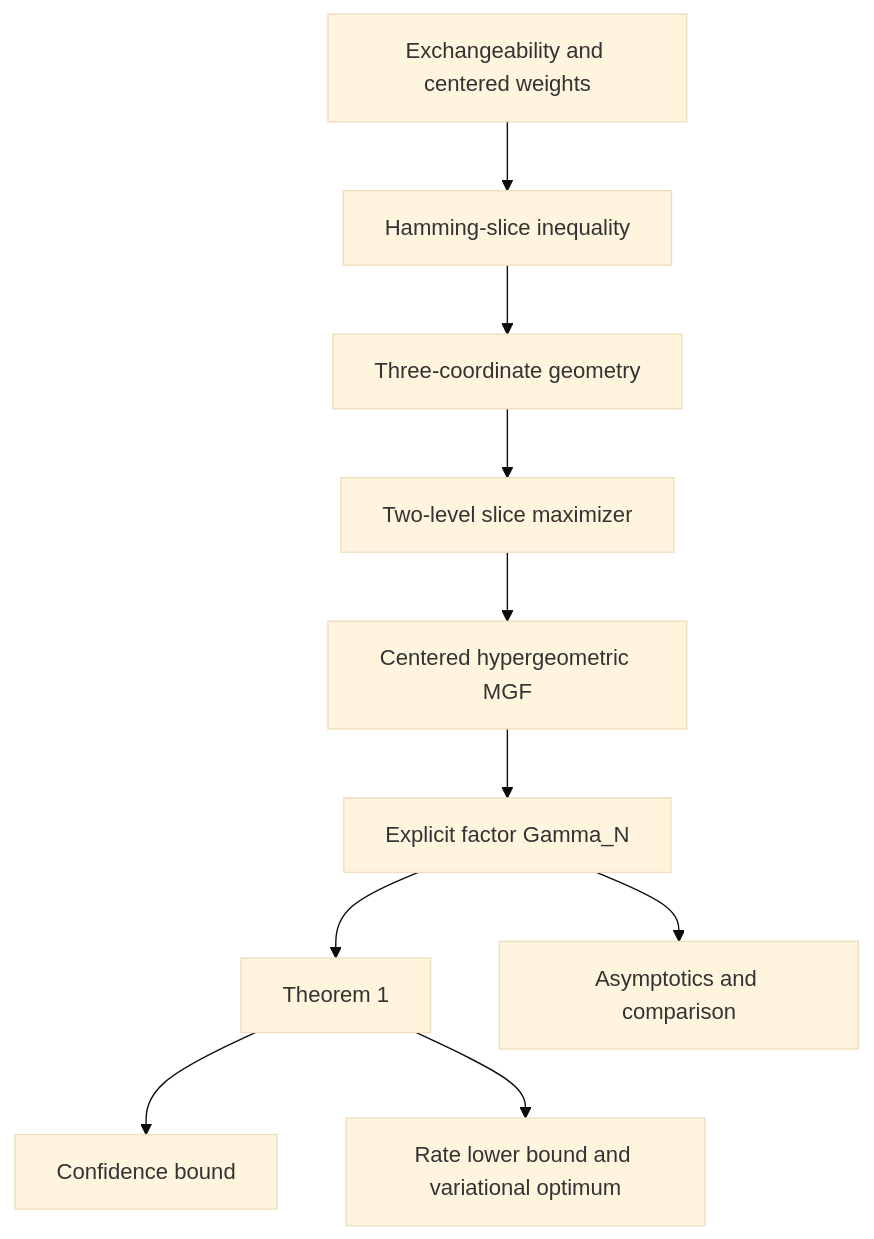
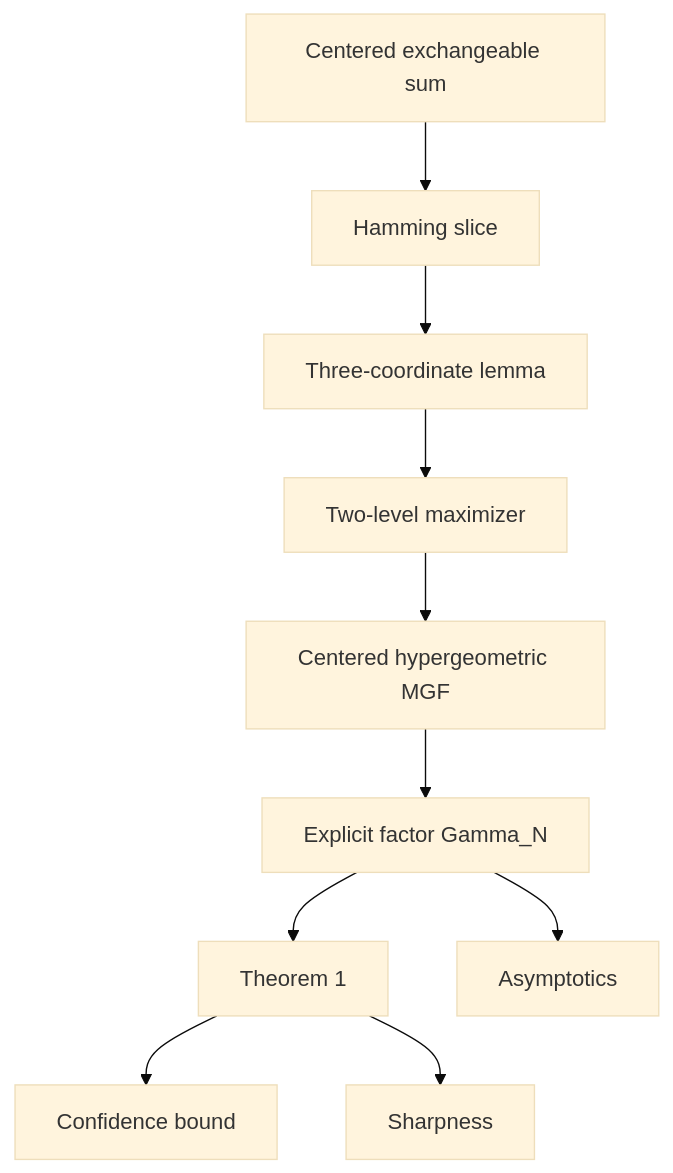
The diagram in README.md (statchan1106/exchangeable-hoeffding-lean), drawn with Mermaid (base theme) before and after one commit.

Commit message:
Shorten GitHub proof diagram labels

````diff
--- a/README.md
+++ b/README.md
@@ -71,12 +71,12 @@
 ```mermaid
 flowchart TD
-    A[Exchangeability and centered weights] --> B[Hamming-slice inequality]
-    B --> C[Three-coordinate geometry]
-    C --> D[Two-level slice maximizer]
+    A[Centered exchangeable sum] --> B[Hamming slice]
+    B --> C[Three-coordinate lemma]
+    C --> D[Two-level maximizer]
     D --> E[Centered hypergeometric MGF]
     E --> F[Explicit factor Gamma_N]
     F --> G[Theorem 1]
     G --> H[Confidence bound]
-    F --> I[Asymptotics and comparison]
-    G --> J[Rate lower bound and variational optimum]
+    F --> I[Asymptotics]
+    G --> J[Sharpness]
 ```
````
